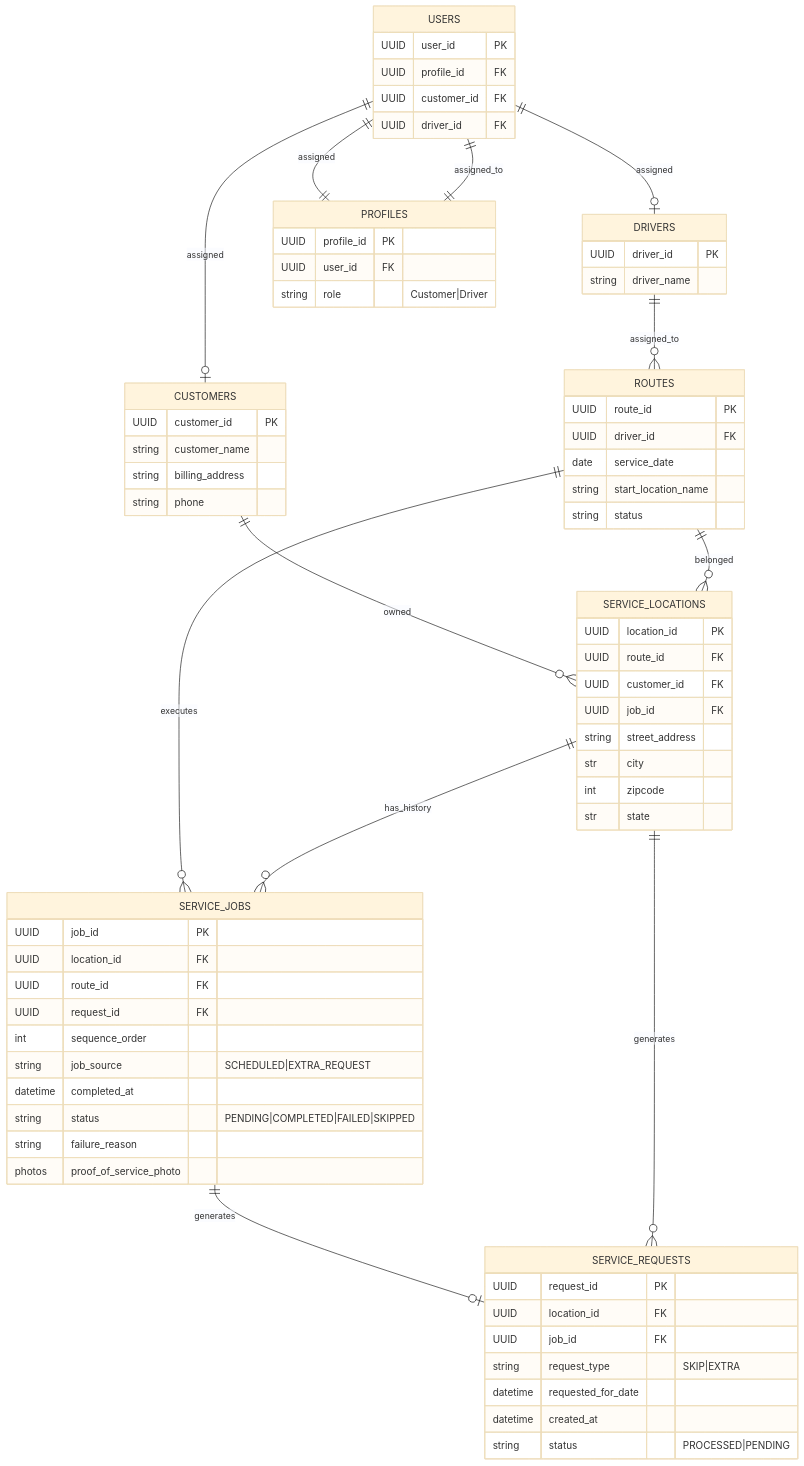
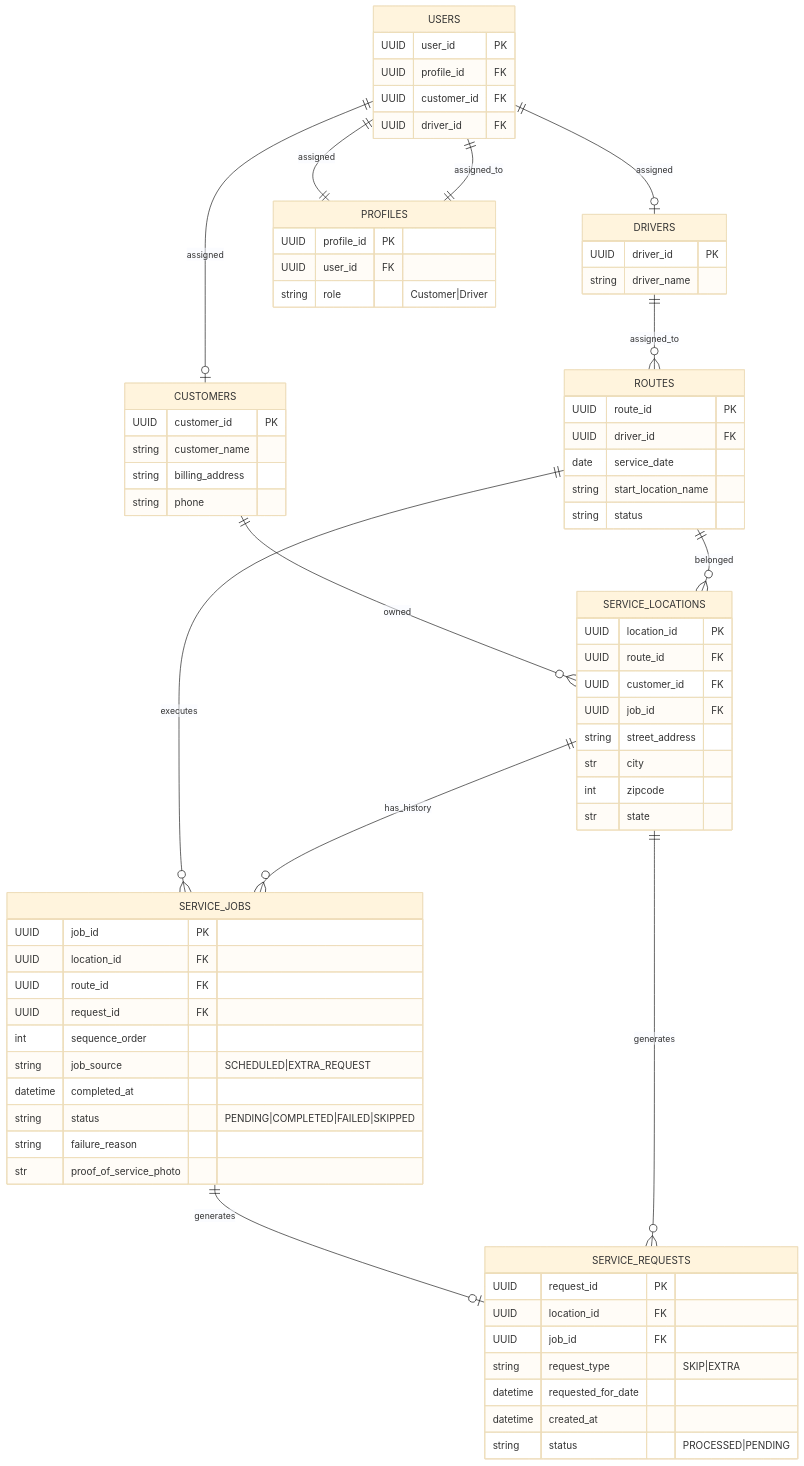
The diagram in erd.md (jwin-sudo/dsd-feb-26-cohort), drawn with Mermaid (base theme) before and after one commit. The commit also changed 1 other file, not shown here.

Commit message:
merge ERD and table.py setup

```diff
--- a/erd.md
+++ b/erd.md
@@ -42,7 +42,7 @@
         datetime completed_at
         string status "PENDING|COMPLETED|FAILED|SKIPPED"
         string failure_reason
-        photos proof_of_service_photo
+        str proof_of_service_photo
     }
 
     SERVICE_REQUESTS {
```
